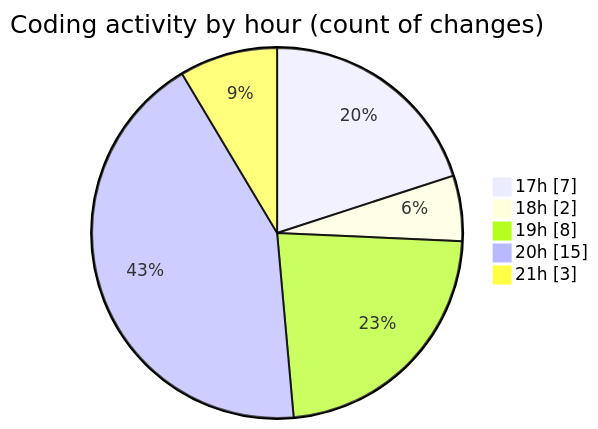
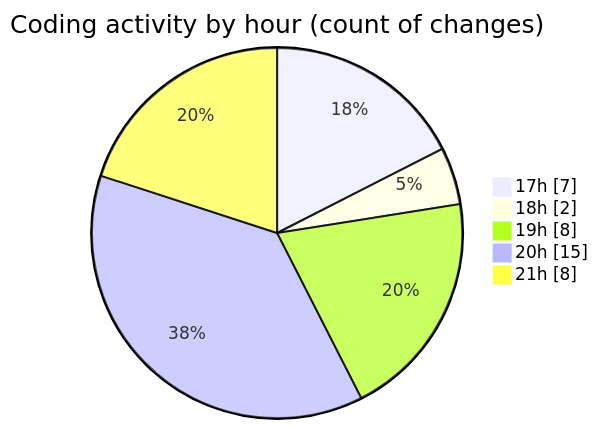
The second of 2 diagrams in 2025-01-12/myws__workspace_/README.md (MatusMokan/code-tracking), drawn with Mermaid before and after one commit. The commit also changed other lines of this file and 1 other file, not shown here.

````diff
--- a/2025-01-12/myws__workspace_/README.md
+++ b/2025-01-12/myws__workspace_/README.md
@@ -29,9 +30,9 @@
 ```mermaid
 pie showData
 title Coding activity by hour (count of changes)
 "17h" : 7
 "18h" : 2
 "19h" : 8
 "20h" : 15
-"21h" : 3
+"21h" : 8
 ```
````
